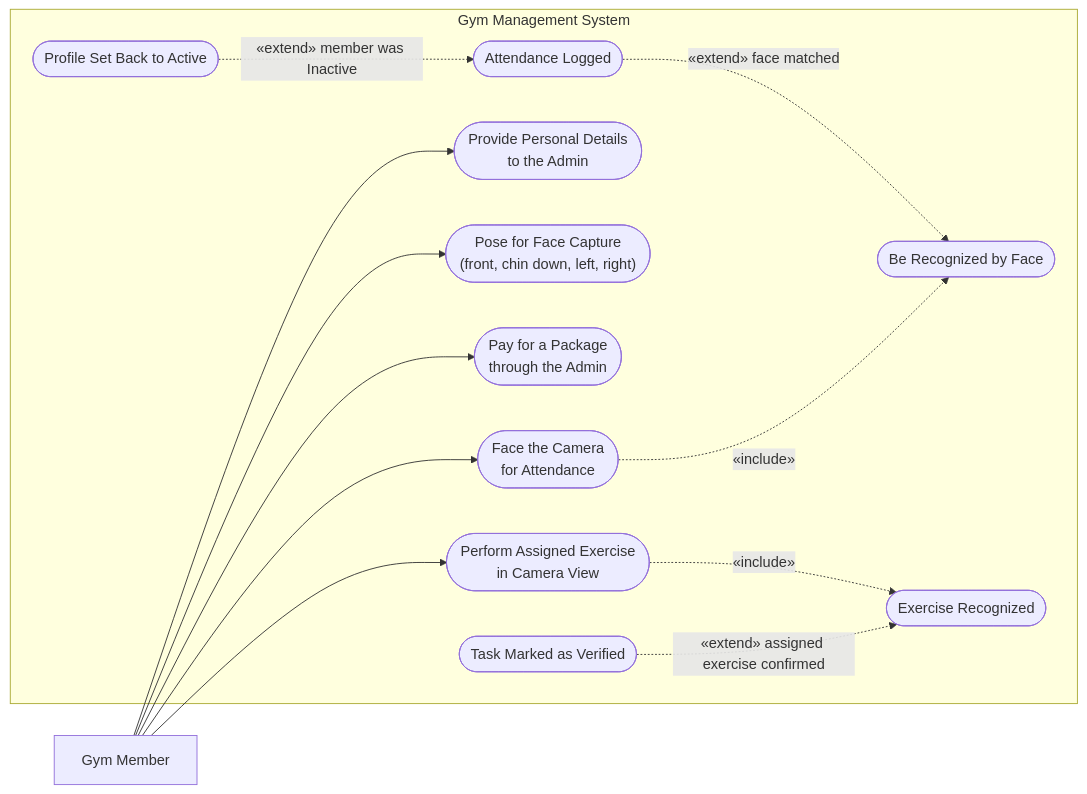
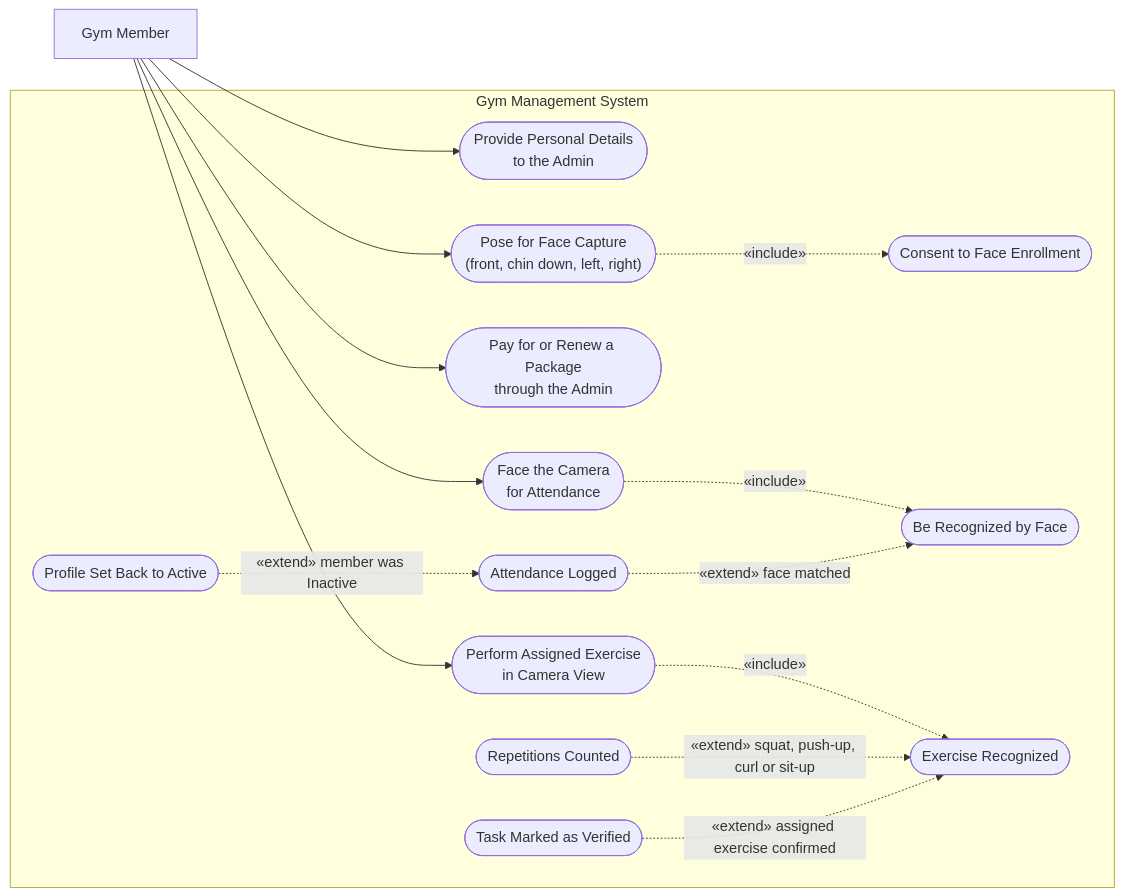
Before and after one commit to Plonteras191/GYM2-CAPSTONE: the sixth of 9 diagrams in Updated Current Plan For Development/Chapter4_Diagrams (2).md, drawn with Mermaid. The commit also changed other lines of this file and 7 other files, not shown here.

First line of the commit message:
docs(diagrams): align Chapter 4 and Correct_Diagrams with the system as built

````diff
--- a/Updated Current Plan For Development/Chapter4_Diagrams (2).md
+++ b/Updated Current Plan For Development/Chapter4_Diagrams (2).md
@@ -354,31 +408,35 @@
 ```mermaid
 flowchart LR
     Member["Gym Member"]
 
     subgraph Boundary ["Gym Management System"]
         Info(["Provide Personal Details<br/>to the Admin"])
+        Consent(["Consent to Face Enrollment"])
         FacePose(["Pose for Face Capture<br/>(front, chin down, left, right)"])
-        Pay(["Pay for a Package<br/>through the Admin"])
+        Pay(["Pay for or Renew a Package<br/>through the Admin"])
 
         Scan(["Face the Camera<br/>for Attendance"])
         Recog(["Be Recognized by Face"])
         Logged(["Attendance Logged"])
         Reactivated(["Profile Set Back to Active"])
 
         Exercise(["Perform Assigned Exercise<br/>in Camera View"])
         ExRecog(["Exercise Recognized"])
+        Counted(["Repetitions Counted"])
         Verified(["Task Marked as Verified"])
 
+        FacePose -.->|"«include»"| Consent
         Scan -.->|"«include»"| Recog
         Logged -.->|"«extend» face matched"| Recog
         Reactivated -.->|"«extend» member was Inactive"| Logged
         Exercise -.->|"«include»"| ExRecog
+        Counted -.->|"«extend» squat, push-up, curl or sit-up"| ExRecog
         Verified -.->|"«extend» assigned exercise confirmed"| ExRecog
     end
 
     Member --> Info
     Member --> FacePose
     Member --> Pay
     Member --> Scan
     Member --> Exercise
 ```
````
